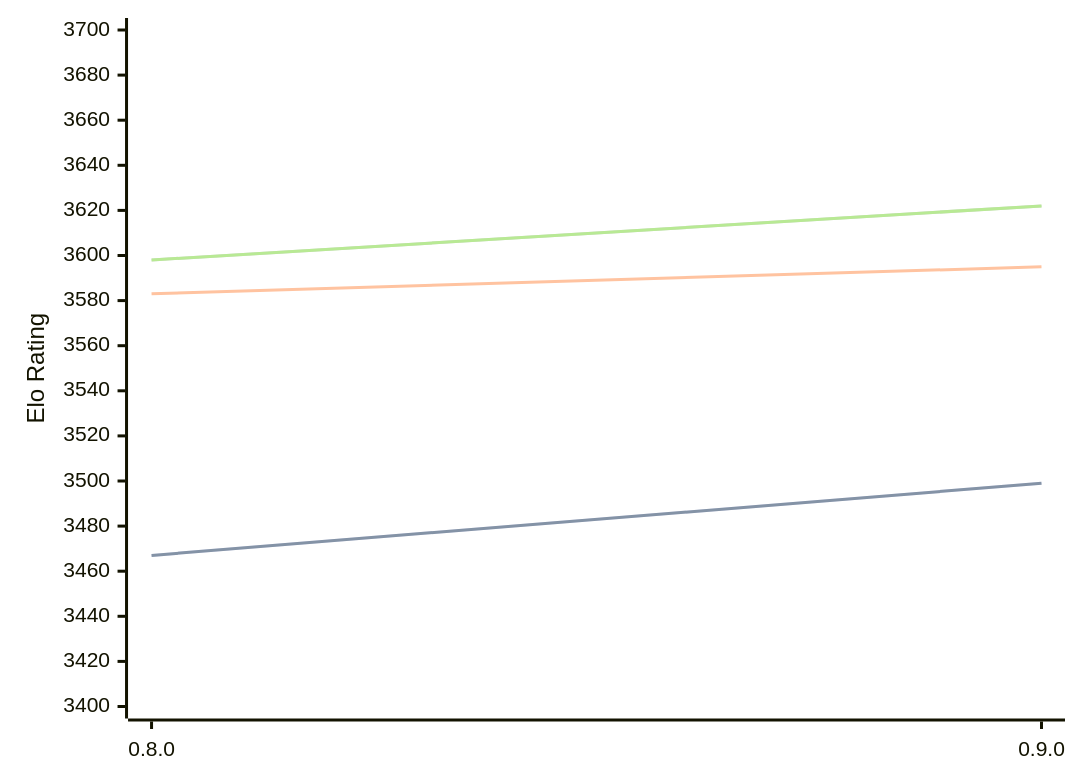
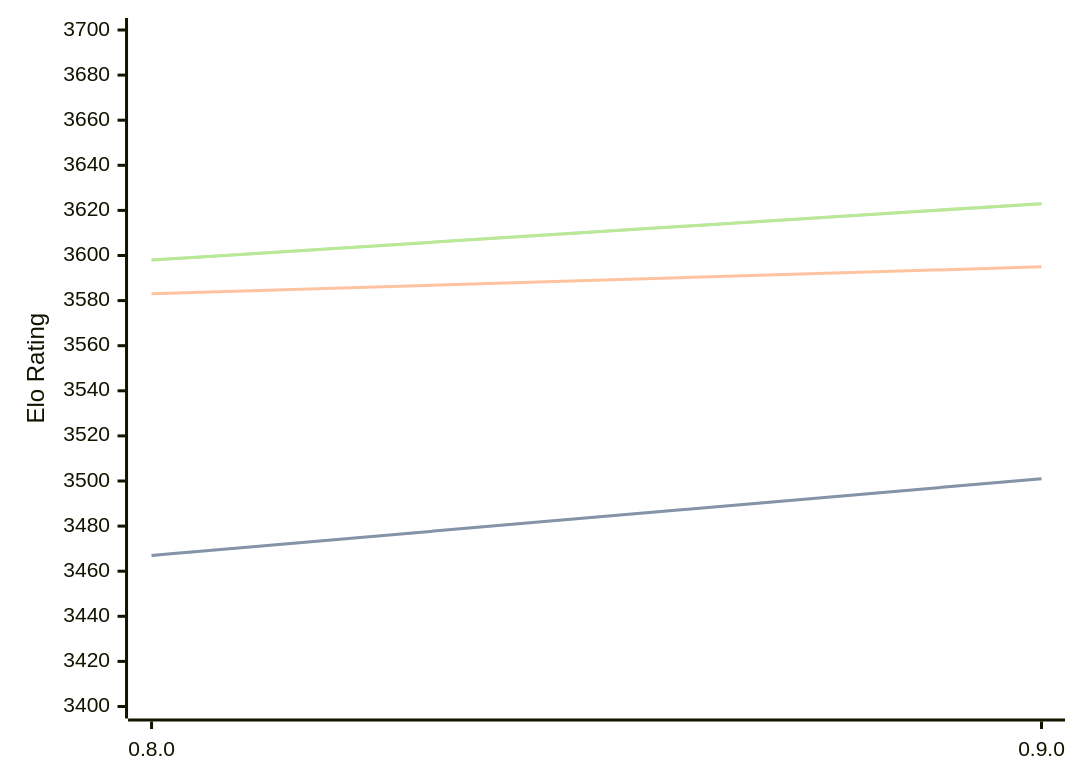
The diagram in engines/Reckless.md (computer-chess-index/cci), drawn with Mermaid before and after one commit. The commit also changed other lines of this file, not shown here.

Commit message:
Update CCI Ratings (ELO VLTC) - 2026-04-09

````diff
--- a/engines/Reckless.md
+++ b/engines/Reckless.md
@@ -39,11 +39,11 @@
 ```mermaid
 %%{init: {"theme":"base","themeVariables":{"seriesColors:['#a3a3a3','#222221','#faa371']}}}%%
 xychart-beta
   x-axis ["0.8.0", "0.9.0"]
   y-axis "Elo Rating" 3400 --> 3700
-  line "STC (8.0+0.08s)" [3467, 3499]
-  line "STC (8.0+0.08s)" [3467, 3499]
+  line "STC (8.0+0.08s)" [3467, 3501]
+  line "STC (8.0+0.08s)" [3467, 3501]
   line "LTC (60.0+0.60s)" [3583, 3595]
-  line "VLTC (2m24s+1.12s)" [3598, 3622]
-  line "VLTC (2m24s+1.12s)" [3598, 3622]
+  line "VLTC (2m24s+1.12s)" [3598, 3623]
+  line "VLTC (2m24s+1.12s)" [3598, 3623]
 ```
````
